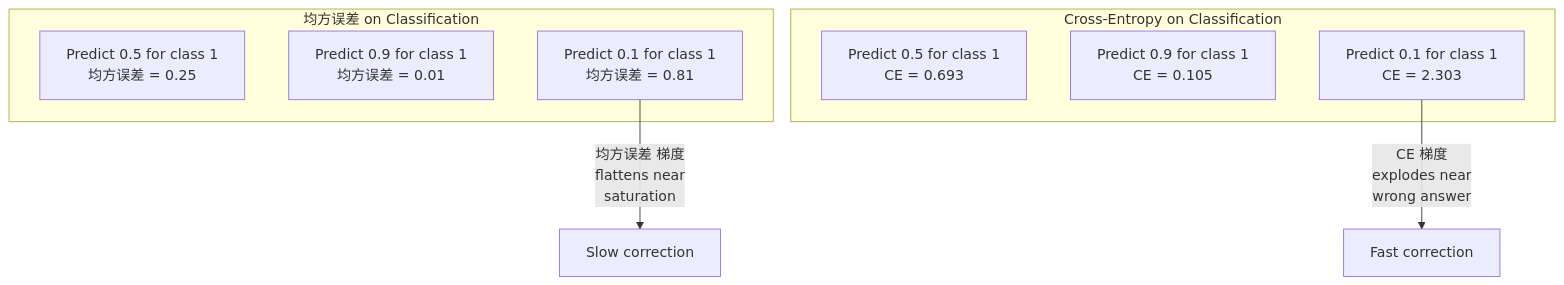
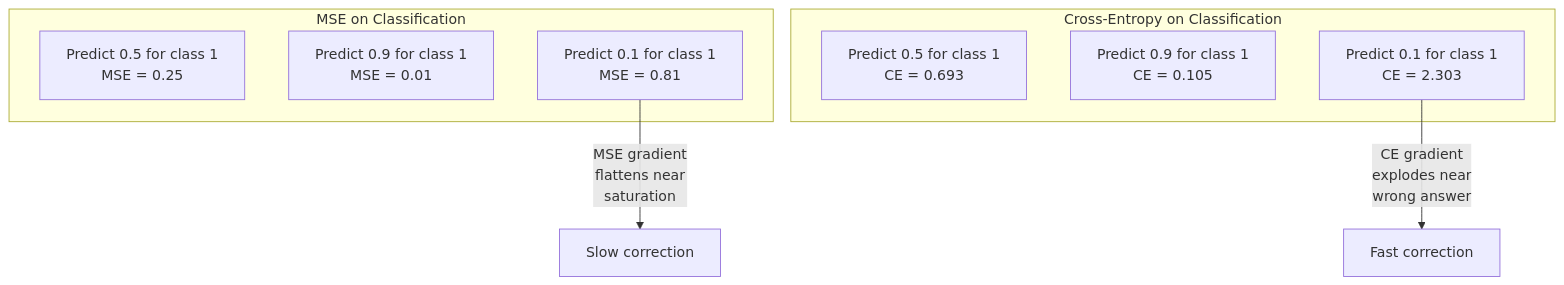
The first of 3 diagrams in phases/03-deep-learning-core/05-loss-functions/docs/zh.md (arwei944/ai-engineering-from-scratch), drawn with Mermaid before and after one commit. The commit also changed other lines of this file and 65 other files, not shown here.

````diff
--- a/phases/03-deep-learning-core/05-loss-functions/docs/zh.md
+++ b/phases/03-deep-learning-core/05-loss-functions/docs/zh.md
@@ -83,15 +83,15 @@
 ```mermaid
 graph TD
-    subgraph "均方误差 on Classification"
-        P1["Predict 0.5 for class 1<br/>均方误差 = 0.25"]
-        P2["Predict 0.9 for class 1<br/>均方误差 = 0.01"]
-        P3["Predict 0.1 for class 1<br/>均方误差 = 0.81"]
+    subgraph "MSE on Classification"
+        P1["Predict 0.5 for class 1<br/>MSE = 0.25"]
+        P2["Predict 0.9 for class 1<br/>MSE = 0.01"]
+        P3["Predict 0.1 for class 1<br/>MSE = 0.81"]
     end
     subgraph "Cross-Entropy on Classification"
         C1["Predict 0.5 for class 1<br/>CE = 0.693"]
         C2["Predict 0.9 for class 1<br/>CE = 0.105"]
         C3["Predict 0.1 for class 1<br/>CE = 2.303"]
     end
-    P3 -->|"均方误差 梯度<br/>flattens near<br/>saturation"| Slow["Slow correction"]
-    C3 -->|"CE 梯度<br/>explodes near<br/>wrong answer"| Fast["Fast correction"]
+    P3 -->|"MSE gradient<br/>flattens near<br/>saturation"| Slow["Slow correction"]
+    C3 -->|"CE gradient<br/>explodes near<br/>wrong answer"| Fast["Fast correction"]
 ```
````
